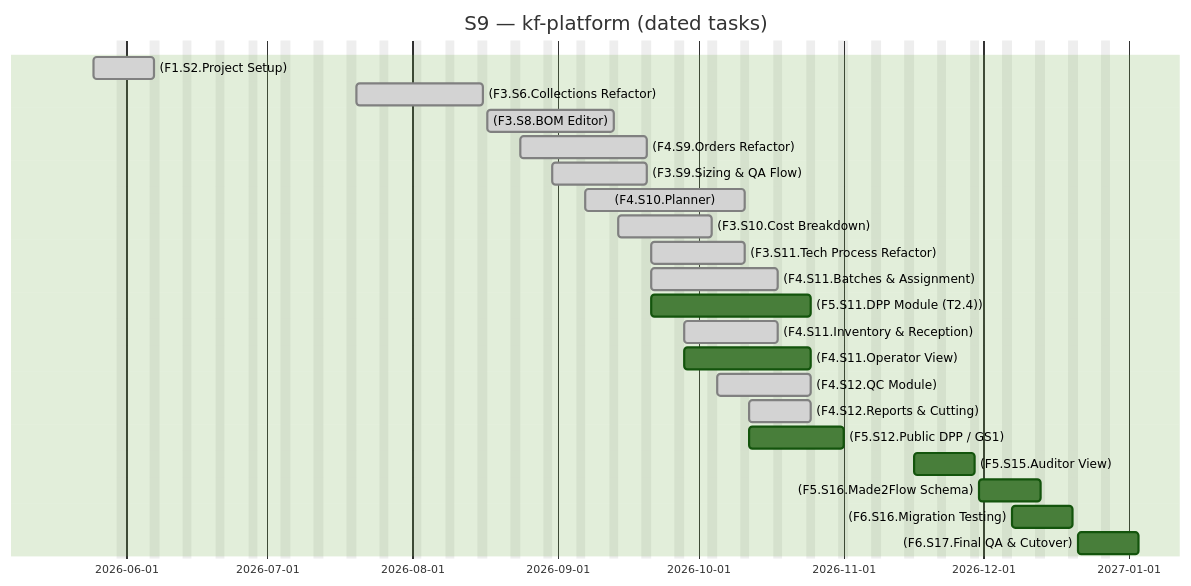
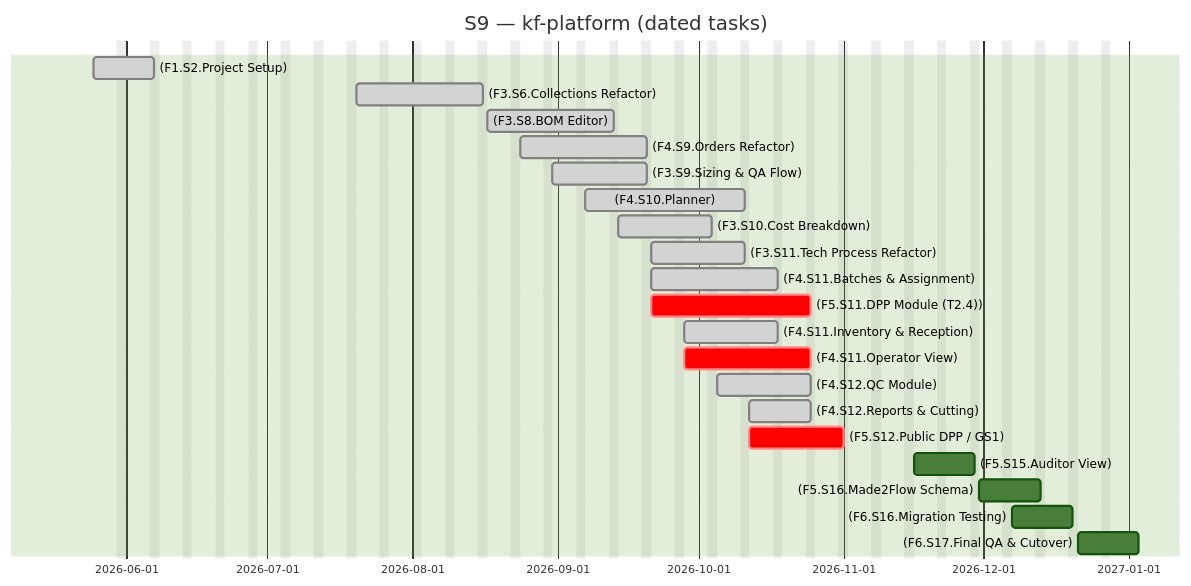
Before and after one commit to Katty-Fashion/kf-cpto: the second of 2 diagrams in docs/_projects/kf-platform.md, drawn with Mermaid (forest theme). The commit also changed other lines of this file and 36 other files, not shown here.

````diff
--- a/docs/_projects/kf-platform.md
+++ b/docs/_projects/kf-platform.md
@@ -97,26 +97,26 @@
 ```mermaid
 gantt
     title S9 — kf-platform (dated tasks)
     dateFormat YYYY-MM-DD
     excludes weekends
 
     (F1.S2.Project Setup) :done, 2026-05-25, 2026-06-07
     (F3.S6.Collections Refactor) :done, 2026-07-20, 2026-08-16
     (F3.S8.BOM Editor) :done, 2026-08-17, 2026-09-13
     (F4.S9.Orders Refactor) :done, 2026-08-24, 2026-09-20
     (F3.S9.Sizing & QA Flow) :done, 2026-08-31, 2026-09-20
     (F4.S10.Planner) :done, 2026-09-07, 2026-10-11
     (F3.S10.Cost Breakdown) :done, 2026-09-14, 2026-10-04
     (F3.S11.Tech Process Refactor) :done, 2026-09-21, 2026-10-11
     (F4.S11.Batches & Assignment) :done, 2026-09-21, 2026-10-18
-    (F5.S11.DPP Module (T2.4)) :2026-09-21, 2026-10-25
+    (F5.S11.DPP Module (T2.4)) :crit, 2026-09-21, 2026-10-25
     (F4.S11.Inventory & Reception) :done, 2026-09-28, 2026-10-18
-    (F4.S11.Operator View) :2026-09-28, 2026-10-25
+    (F4.S11.Operator View) :crit, 2026-09-28, 2026-10-25
     (F4.S12.QC Module) :done, 2026-10-05, 2026-10-25
     (F4.S12.Reports & Cutting) :done, 2026-10-12, 2026-10-25
-    (F5.S12.Public DPP / GS1) :2026-10-12, 2026-11-01
+    (F5.S12.Public DPP / GS1) :crit, 2026-10-12, 2026-11-01
     (F5.S15.Auditor View) :2026-11-16, 2026-11-29
     (F5.S16.Made2Flow Schema) :2026-11-30, 2026-12-13
     (F6.S16.Migration Testing) :2026-12-07, 2026-12-20
     (F6.S17.Final QA & Cutover) :2026-12-21, 2027-01-03
 ```
````
